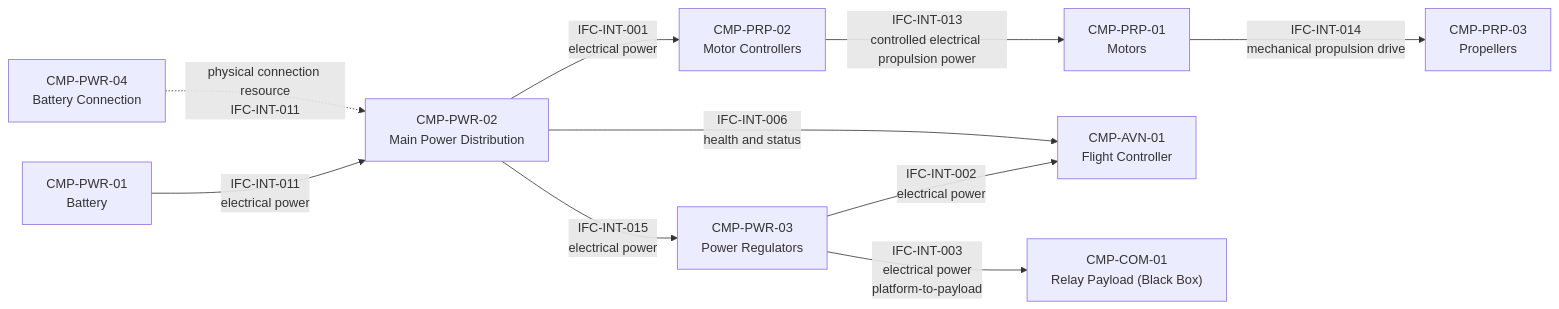
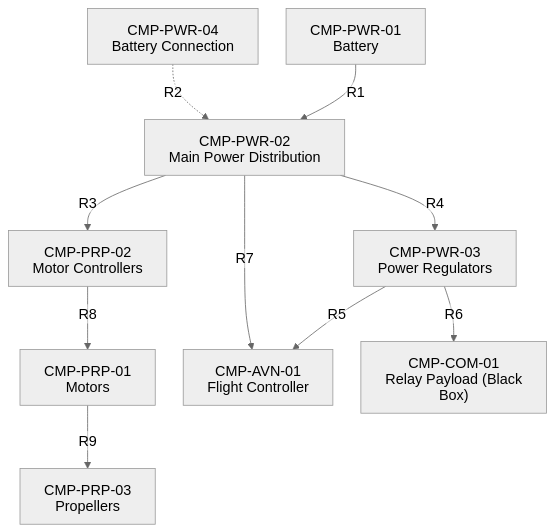
One commit to noahstephenson/low-cost-relay-uas changed the fourth of 15 diagrams in docs/reference/architecture-atlas.md. Above: the diagram before and after it, drawn with Mermaid. The commit also changed other lines of this file and 22 other files, not shown here.

Commit message:
Teach the relay UAS architecture through a guided reading path and readable views

````diff
--- a/docs/reference/architecture-atlas.md
+++ b/docs/reference/architecture-atlas.md
@@ -116,22 +174,23 @@
 ```mermaid
-flowchart LR
+%%{init: {"theme": "neutral", "htmlLabels": false, "themeVariables": {"fontSize": "18px"}, "flowchart": {"htmlLabels": false, "nodeSpacing": 35, "rankSpacing": 45}}}%%
+flowchart TB
     %% Configuration scope: CFG-REP / CFG-DOM
     CMP_PWR_01["CMP-PWR-01<br/>Battery"]
     CMP_PWR_02["CMP-PWR-02<br/>Main Power Distribution"]
     CMP_PWR_03["CMP-PWR-03<br/>Power Regulators"]
     CMP_PWR_04["CMP-PWR-04<br/>Battery Connection"]
     CMP_PRP_01["CMP-PRP-01<br/>Motors"]
     CMP_PRP_02["CMP-PRP-02<br/>Motor Controllers"]
     CMP_PRP_03["CMP-PRP-03<br/>Propellers"]
     CMP_AVN_01["CMP-AVN-01<br/>Flight Controller"]
     CMP_COM_01["CMP-COM-01<br/>Relay Payload (Black Box)"]
-    CMP_PWR_01 -->|"IFC-INT-011<br/>electrical power"| CMP_PWR_02
-    CMP_PWR_04 -.->|"physical connection resource<br/>IFC-INT-011"| CMP_PWR_02
-    CMP_PWR_02 -->|"IFC-INT-001<br/>electrical power"| CMP_PRP_02
-    CMP_PWR_02 -->|"IFC-INT-015<br/>electrical power"| CMP_PWR_03
-    CMP_PWR_03 -->|"IFC-INT-002<br/>electrical power"| CMP_AVN_01
-    CMP_PWR_03 -->|"IFC-INT-003<br/>electrical power<br/>platform-to-payload"| CMP_COM_01
-    CMP_PWR_02 -->|"IFC-INT-006<br/>health and status"| CMP_AVN_01
-    CMP_PRP_02 -->|"IFC-INT-013<br/>controlled electrical propulsion power"| CMP_PRP_01
-    CMP_PRP_01 -->|"IFC-INT-014<br/>mechanical propulsion drive"| CMP_PRP_03
+    CMP_PWR_01 -->|"R1"| CMP_PWR_02
+    CMP_PWR_04 -.->|"R2"| CMP_PWR_02
+    CMP_PWR_02 -->|"R3"| CMP_PRP_02
+    CMP_PWR_02 -->|"R4"| CMP_PWR_03
+    CMP_PWR_03 -->|"R5"| CMP_AVN_01
+    CMP_PWR_03 -->|"R6"| CMP_COM_01
+    CMP_PWR_02 -->|"R7"| CMP_AVN_01
+    CMP_PRP_02 -->|"R8"| CMP_PRP_01
+    CMP_PRP_01 -->|"R9"| CMP_PRP_03
 ```
````
